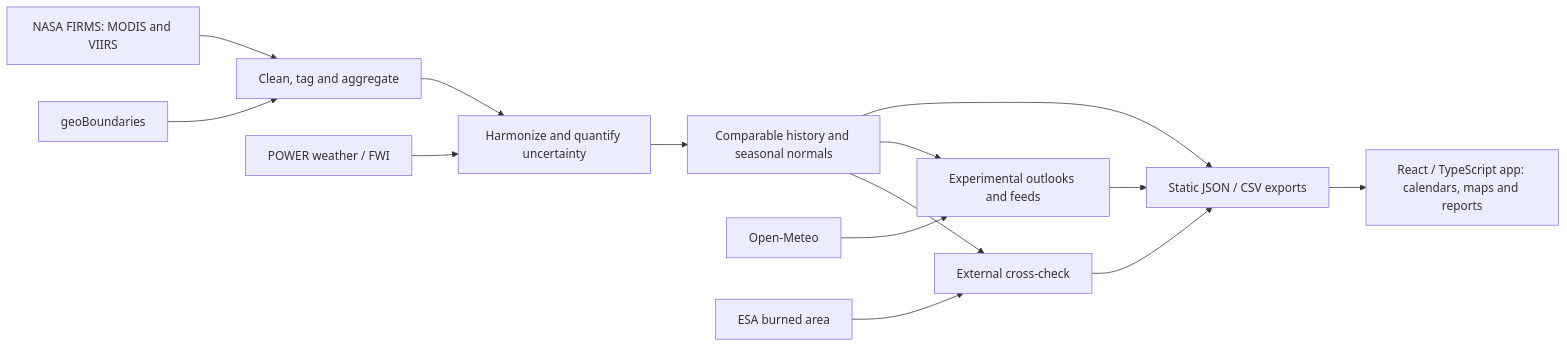
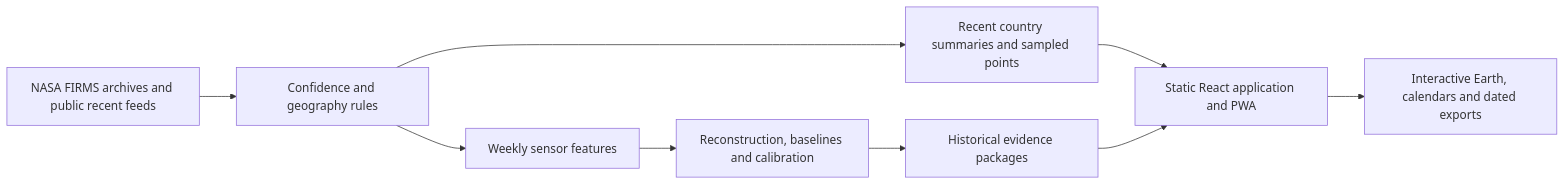
The diagram in README.md (polymathicX/Agun-Panjika), drawn with Mermaid before and after one commit. The commit also changed other lines of this file and 128 other files, not shown here.

Commit message:
feat(release): publish global evidence, mentor reports and short demo

````diff
--- a/README.md
+++ b/README.md
@@ -82,16 +104,11 @@
 ```mermaid
 flowchart LR
-    F["NASA FIRMS: MODIS and VIIRS"] --> I["Clean, tag and aggregate"]
-    G["geoBoundaries"] --> I
-    I --> H["Harmonize and quantify uncertainty"]
-    P["POWER weather / FWI"] --> H
-    H --> C["Comparable history and seasonal normals"]
-    C --> E["Static JSON / CSV exports"]
-    C --> O["Experimental outlooks and feeds"]
-    M["Open-Meteo"] --> O
-    O --> E
-    A["ESA burned area"] --> V["External cross-check"]
-    C --> V
-    V --> E
-    E --> W["React / TypeScript app: calendars, maps and reports"]
+  A[NASA FIRMS archives and public recent feeds] --> B[Confidence and geography rules]
+  B --> C[Recent country summaries and sampled points]
+  B --> D[Weekly sensor features]
+  D --> E[Reconstruction, baselines and calibration]
+  E --> F[Historical evidence packages]
+  C --> G[Static React application and PWA]
+  F --> G
+  G --> H[Interactive Earth, calendars and dated exports]
 ```
````
